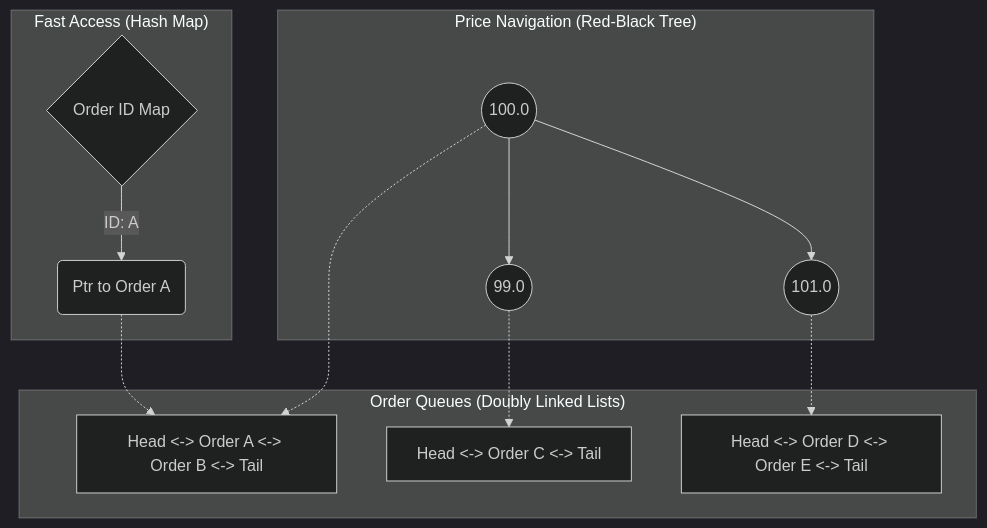
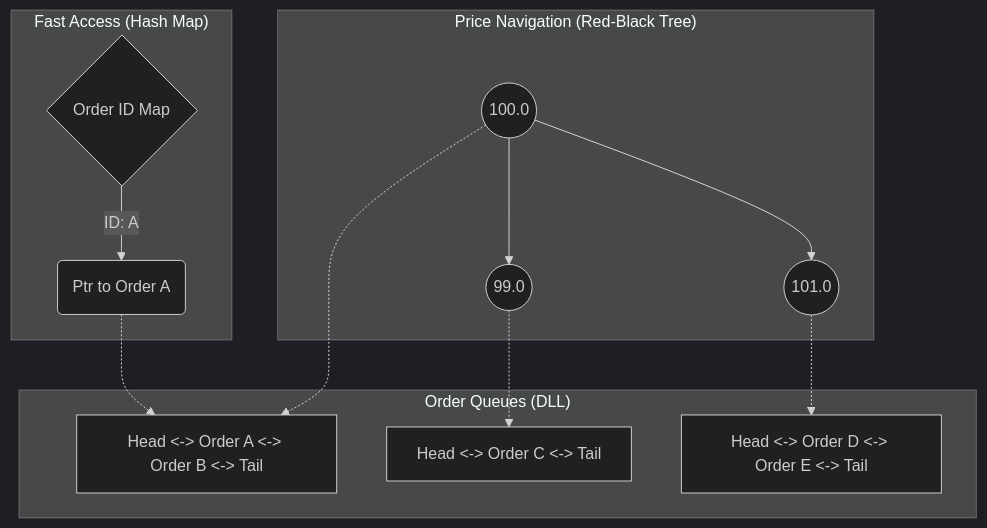
The diagram in content/posts/2.stock-exchange-1-order-book.md (tuanhiep/tuanhiep.github.io), drawn with Mermaid (dark theme) before and after one commit.

Commit message:
stock exchange 1 fix latex

````diff
--- a/content/posts/2.stock-exchange-1-order-book.md
+++ b/content/posts/2.stock-exchange-1-order-book.md
@@ -77,28 +77,28 @@
 ```mermaid
 graph TD
     subgraph "Price Navigation (Red-Black Tree)"
         Root((100.0))
         L((99.0))
         R((101.0))
         Root --> L
         Root --> R
     end
 
-    subgraph "Order Queues (Doubly Linked Lists)"
+    subgraph "Order Queues (DLL)"
         Q1[Head <-> Order A <-> Order B <-> Tail]
         Q2[Head <-> Order C <-> Tail]
         Q3[Head <-> Order D <-> Order E <-> Tail]
     end
 
     subgraph "Fast Access (Hash Map)"
         Map{Order ID Map}
         Map -->|ID: A| OrderA_Ptr(Ptr to Order A)
     end
 
     %% Connections
     L -.-> Q2
     Root -.-> Q1
     R -.-> Q3
     OrderA_Ptr -.-> Q1
 
 ```
````
